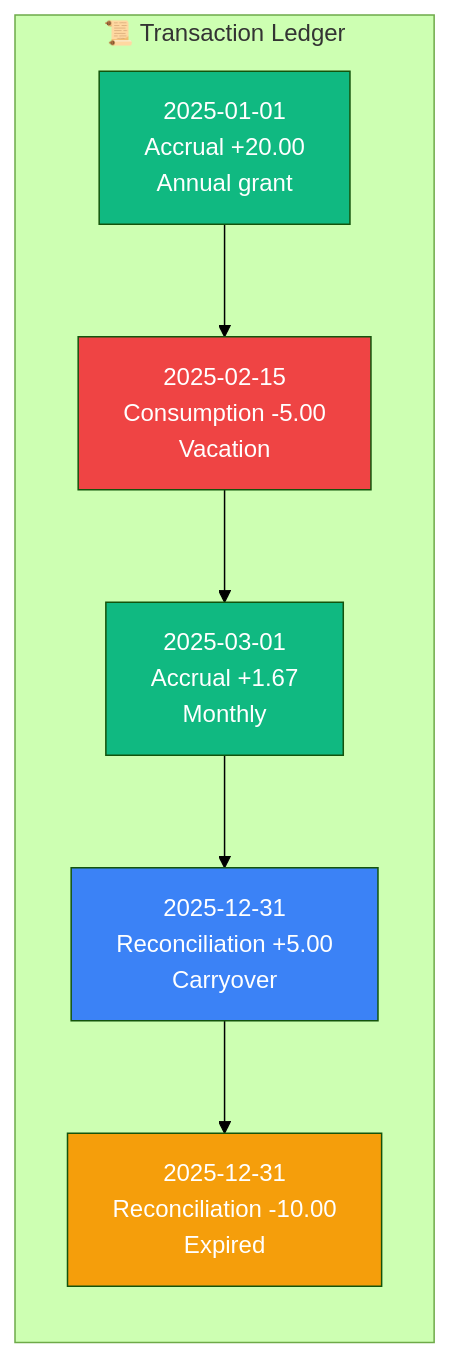
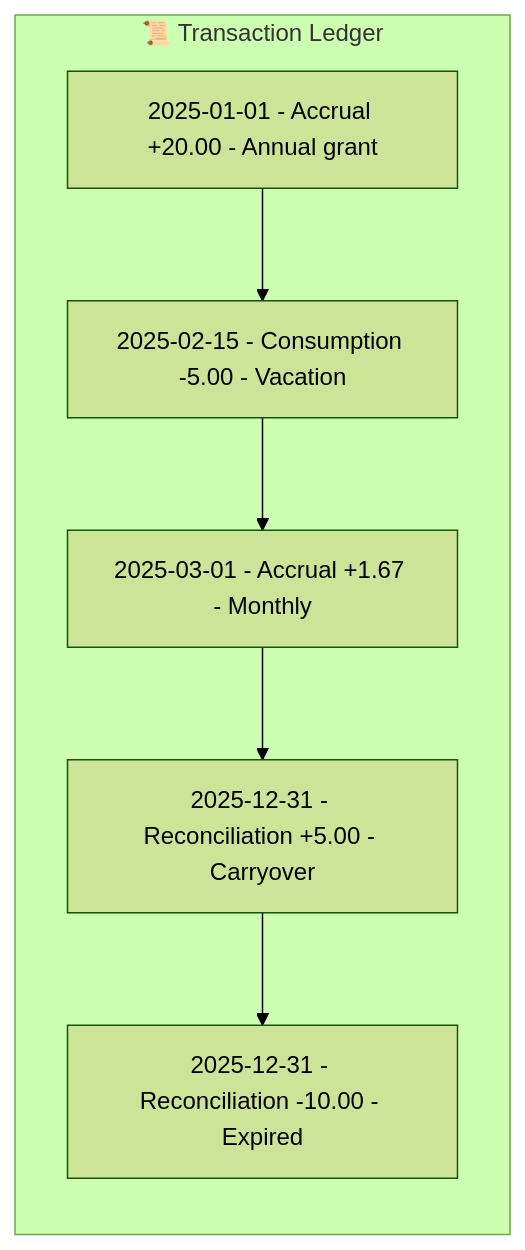
The fifth of 22 diagrams in README.md (AntoineToussaint/timeoff), drawn with Mermaid (forest theme) before and after one commit. The commit also changed other lines of this file, not shown here.

First line of the commit message:
Fix Mermaid diagrams for GitHub rendering

````diff
--- a/README.md
+++ b/README.md
@@ -264,21 +250,16 @@
 ```mermaid
 graph LR
     subgraph Ledger["📜 Transaction Ledger"]
-        TX1[2025-01-01<br/>Accrual +20.00<br/>Annual grant]
-        TX2[2025-02-15<br/>Consumption -5.00<br/>Vacation]
-        TX3[2025-03-01<br/>Accrual +1.67<br/>Monthly]
-        TX4[2025-12-31<br/>Reconciliation +5.00<br/>Carryover]
-        TX5[2025-12-31<br/>Reconciliation -10.00<br/>Expired]
+        TX1[2025-01-01 - Accrual +20.00 - Annual grant]
+        TX2[2025-02-15 - Consumption -5.00 - Vacation]
+        TX3[2025-03-01 - Accrual +1.67 - Monthly]
+        TX4[2025-12-31 - Reconciliation +5.00 - Carryover]
+        TX5[2025-12-31 - Reconciliation -10.00 - Expired]
     end
     
     TX1 --> TX2
     TX2 --> TX3
     TX3 --> TX4
     TX4 --> TX5
     
-    style TX1 fill:#10b981,color:#fff
-    style TX2 fill:#ef4444,color:#fff
-    style TX3 fill:#10b981,color:#fff
-    style TX4 fill:#3b82f6,color:#fff
-    style TX5 fill:#f59e0b,color:#fff
 ```
````
